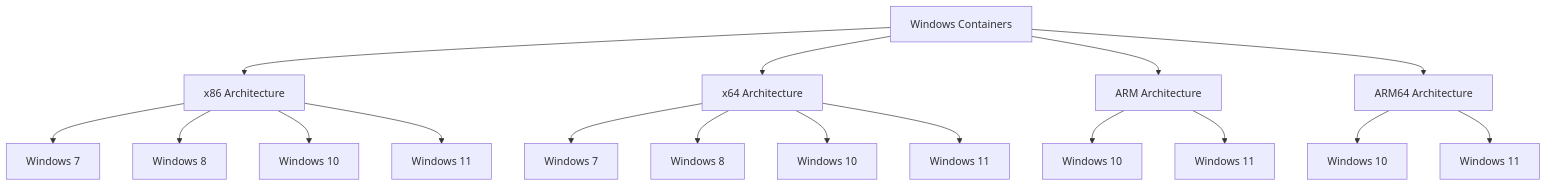
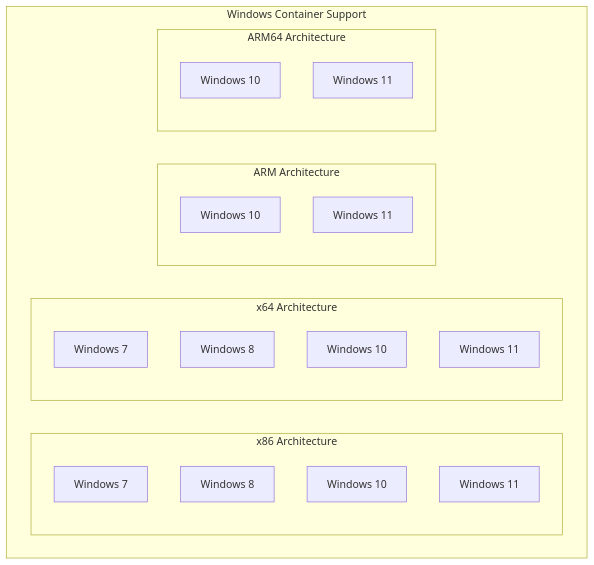
Before and after one commit to radicalkjax/Athena: the fifth of 23 diagrams in docs/CONTAINER_ISOLATION.md, drawn with Mermaid. The commit also changed other lines of this file and 41 other files, not shown here.

````diff
--- a/docs/CONTAINER_ISOLATION.md
+++ b/docs/CONTAINER_ISOLATION.md
@@ -93,23 +285,28 @@
 ```mermaid
 graph TD
-    A[Windows Containers] --> B[x86 Architecture]
-    A --> C[x64 Architecture]
-    A --> D[ARM Architecture]
-    A --> E[ARM64 Architecture]
-    
-    B --> B1[Windows 7]
-    B --> B2[Windows 8]
-    B --> B3[Windows 10]
-    B --> B4[Windows 11]
-    
-    C --> C1[Windows 7]
-    C --> C2[Windows 8]
-    C --> C3[Windows 10]
-    C --> C4[Windows 11]
-    
-    D --> D1[Windows 10]
-    D --> D2[Windows 11]
-    
-    E --> E1[Windows 10]
-    E --> E2[Windows 11]
+    subgraph "Windows Container Support"
+        subgraph "x86 Architecture"
+            X86_7[Windows 7]
+            X86_8[Windows 8]
+            X86_10[Windows 10]
+            X86_11[Windows 11]
+        end
+        
+        subgraph "x64 Architecture"
+            X64_7[Windows 7]
+            X64_8[Windows 8]
+            X64_10[Windows 10]
+            X64_11[Windows 11]
+        end
+        
+        subgraph "ARM Architecture"
+            ARM_10[Windows 10]
+            ARM_11[Windows 11]
+        end
+        
+        subgraph "ARM64 Architecture"
+            ARM64_10[Windows 10]
+            ARM64_11[Windows 11]
+        end
+    end
 ```
````
